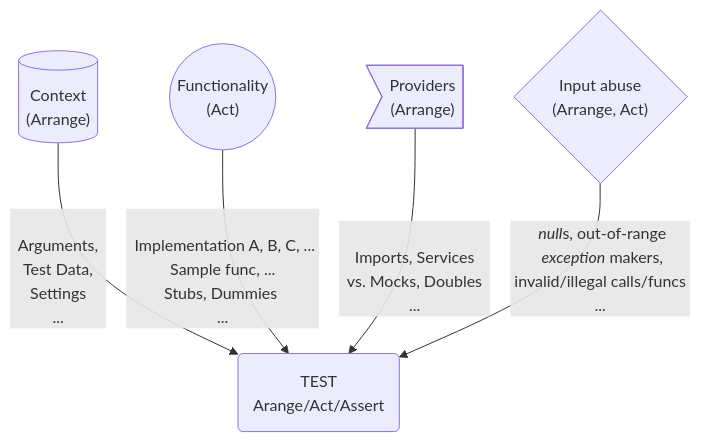
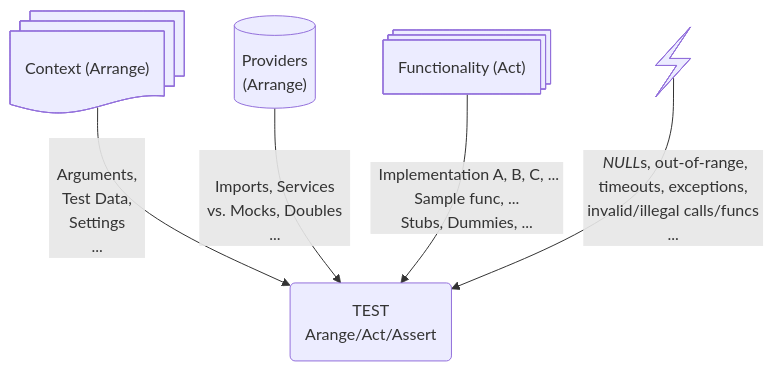
Before and after one commit to Kyriosity/read-write: the diagram in README+/software/tests/asQA/README+/tests-damp_vs_dry.md, drawn with Mermaid. The commit also changed other lines of this file, not shown here.

````diff
--- a/README+/software/tests/asQA/README+/tests-damp_vs_dry.md
+++ b/README+/software/tests/asQA/README+/tests-damp_vs_dry.md
@@ -31,8 +31,8 @@
 ```mermaid
 graph TD
-    idCx[(Context<br />&lpar;Arrange&rpar;)] -->|<br />&nbsp;&nbsp;Arguments,&nbsp;&nbsp;<br />&nbsp;&nbsp;Test Data,&nbsp;&nbsp;<br />&nbsp;&nbsp;Settings&nbsp;&nbsp;<br />...| UT(TEST<br />Arange/Act/Assert)
-    idFnc((Functionality<br />&lpar;Act&rpar;)) -->|<br />&nbsp;&nbsp;Implementation A, B, C, ...&nbsp;<br >&nbsp;Sample func, ...&nbsp;</br>&nbsp;Stubs, Dummies&nbsp;&nbsp;<br />...| UT
-    idSrv>Providers<br />&lpar;Arrange&rpar;] -->|<br />&nbsp;&nbsp;Imports, Services&nbsp;&nbsp;<br />&nbsp;&nbsp;vs. Mocks, Doubles&nbsp;&nbsp;<br />...| UT
-    idAbs{Input abuse<br />&lpar;Arrange, Act&rpar;} -->|&nbsp;&nbsp;<i>null</i>s, out-of-range&nbsp;<br />&nbsp;&nbsp;<i>exception</i> makers,&nbsp;<br />&nbsp;invalid/illegal calls/funcs&nbsp;<br />...| UT
+    idCx@{ shape: docs, label: "Context &lpar;Arrange&rpar;" } -->|<br />&nbsp;&nbsp;Arguments,&nbsp;&nbsp;<br />&nbsp;&nbsp;Test Data,&nbsp;&nbsp;<br />&nbsp;&nbsp;Settings&nbsp;&nbsp;<br />...| UT(TEST<br />Arange/Act/Assert)
+    idSrv[(Providers<br />&lpar;Arrange&rpar;)] -->|<br />&nbsp;&nbsp;Imports, Services&nbsp;&nbsp;<br />&nbsp;&nbsp;vs. Mocks, Doubles&nbsp;&nbsp;<br />...| UT
+    idFnc@{ shape: procs, label: "Functionality &lpar;Act&rpar;" } -->|&nbsp;&nbsp;Implementation A, B, C, ...&nbsp;<br >&nbsp;Sample func, ...&nbsp;</br>&nbsp;Stubs, Dummies, ...&nbsp;| UT
+    idErr@{ shape: bolt, label: "Abuse" } -->|&nbsp;&nbsp;<i>NULL</i>s, out-of-range,&nbsp;<br />&nbsp;timeouts, exceptions,&nbsp;<br />&nbsp;invalid/illegal calls/funcs&nbsp;<br />...| UT
 
 ```
````
